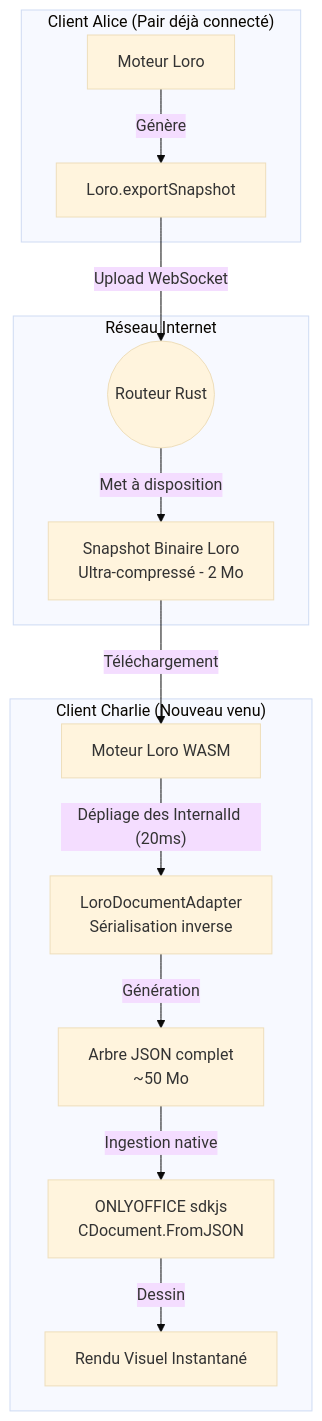
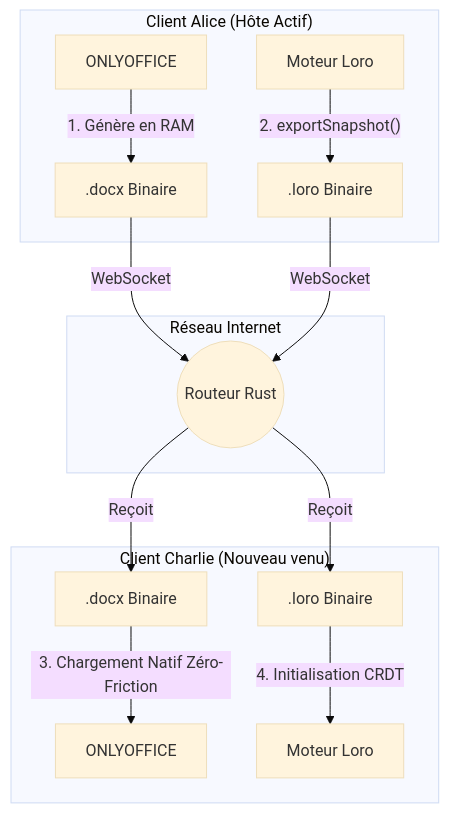
The fifth of 6 diagrams in loro_sync/architecture.md (yuntux/sdkjs), drawn with Mermaid (base theme) before and after one commit. The commit also changed other lines of this file and 4 other files, not shown here.

First line of the commit message:
[IMP] loro_sync: architecture de transfert jumeau et cache ephemere en RAM

````diff
--- a/loro_sync/architecture.md
+++ b/loro_sync/architecture.md
@@ -301,29 +315,21 @@
 ```mermaid
 graph TD
-    subgraph "Client Alice (Pair déjà connecté)"
-        AliceLoro[Moteur Loro]
-        AliceExport[Loro.exportSnapshot]
-        AliceLoro -- "Génère" --> AliceExport
+    subgraph "Client Alice (Hôte Actif)"
+        A_OO[ONLYOFFICE] -- "1. Génère en RAM" --> DocxBin[.docx Binaire]
+        A_Loro[Moteur Loro] -- "2. exportSnapshot()" --> LoroBin[.loro Binaire]
     end
 
     subgraph "Réseau Internet"
         Router((Routeur Rust))
-        LoroBin[Snapshot Binaire Loro<br/>Ultra-compressé - 2 Mo]
-        AliceExport -- "Upload WebSocket" --> Router
-        Router -- "Met à disposition" --> LoroBin
+        DocxBin -- "WebSocket" --> Router
+        LoroBin -- "WebSocket" --> Router
     end
     
     subgraph "Client Charlie (Nouveau venu)"
-        LoroRAM[Moteur Loro WASM]
-        Bridge[LoroDocumentAdapter<br/>Sérialisation inverse]
-        JSON[Arbre JSON complet<br/>~50 Mo]
-        SDKJS[ONLYOFFICE sdkjs<br/>CDocument.FromJSON]
-        Canvas[Rendu Visuel Instantané]
+        Router -- "Reçoit" --> C_DocxBin[.docx Binaire]
+        Router -- "Reçoit" --> C_LoroBin[.loro Binaire]
         
-        LoroBin -- "Téléchargement" --> LoroRAM
-        LoroRAM -- "Dépliage des InternalId (20ms)" --> Bridge
-        Bridge -- "Génération" --> JSON
-        JSON -- "Ingestion native" --> SDKJS
-        SDKJS -- "Dessin" --> Canvas
+        C_DocxBin -- "3. Chargement Natif Zéro-Friction" --> C_OO[ONLYOFFICE]
+        C_LoroBin -- "4. Initialisation CRDT" --> C_Loro[Moteur Loro]
     end
 ```
````
